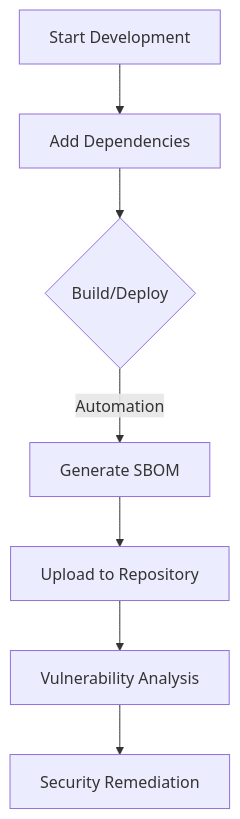
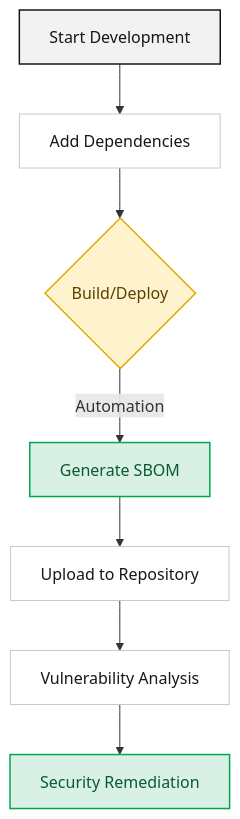
One commit to sktelecom/sktelecom.github.io changed the diagram in content/en/guide/supply-chain/sbom/_index.md. Above: the diagram before and after it, drawn with Mermaid. The commit also changed 9 other files, not shown here.

Commit message:
docs(supply-chain): restyle guide diagrams with grouped zones and a consistent SK palette

````diff
--- a/content/en/guide/supply-chain/sbom/_index.md
+++ b/content/en/guide/supply-chain/sbom/_index.md
@@ -24,9 +24,19 @@
 ```mermaid
 graph TD
     A[Start Development] --> B[Add Dependencies]
     B --> C{Build/Deploy}
     C -->|Automation| D[Generate SBOM]
     D --> E[Upload to Repository]
     E --> F[Vulnerability Analysis]
     F --> G[Security Remediation]
+
+    classDef start fill:#F2F2F2,stroke:#171717,color:#171717,stroke-width:1.5px
+    classDef proc fill:#ffffff,stroke:#c8c8c8,color:#171717,stroke-width:1px
+    classDef decision fill:#FFF3CD,stroke:#E0A800,color:#5A4100,stroke-width:1.5px
+    classDef good fill:#D9F0E4,stroke:#00A651,color:#0A5A32,stroke-width:1.5px
+
+    class A start
+    class B,E,F proc
+    class C decision
+    class D,G good
 ```
````
